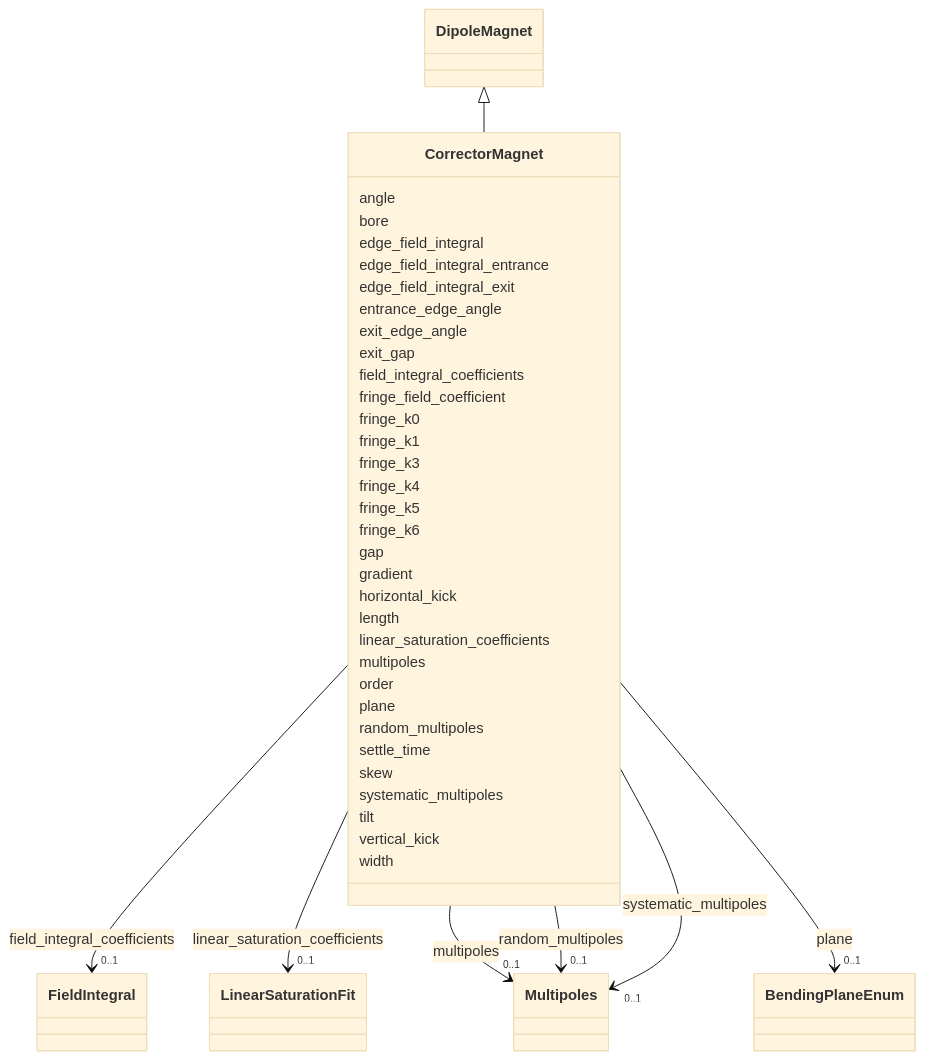
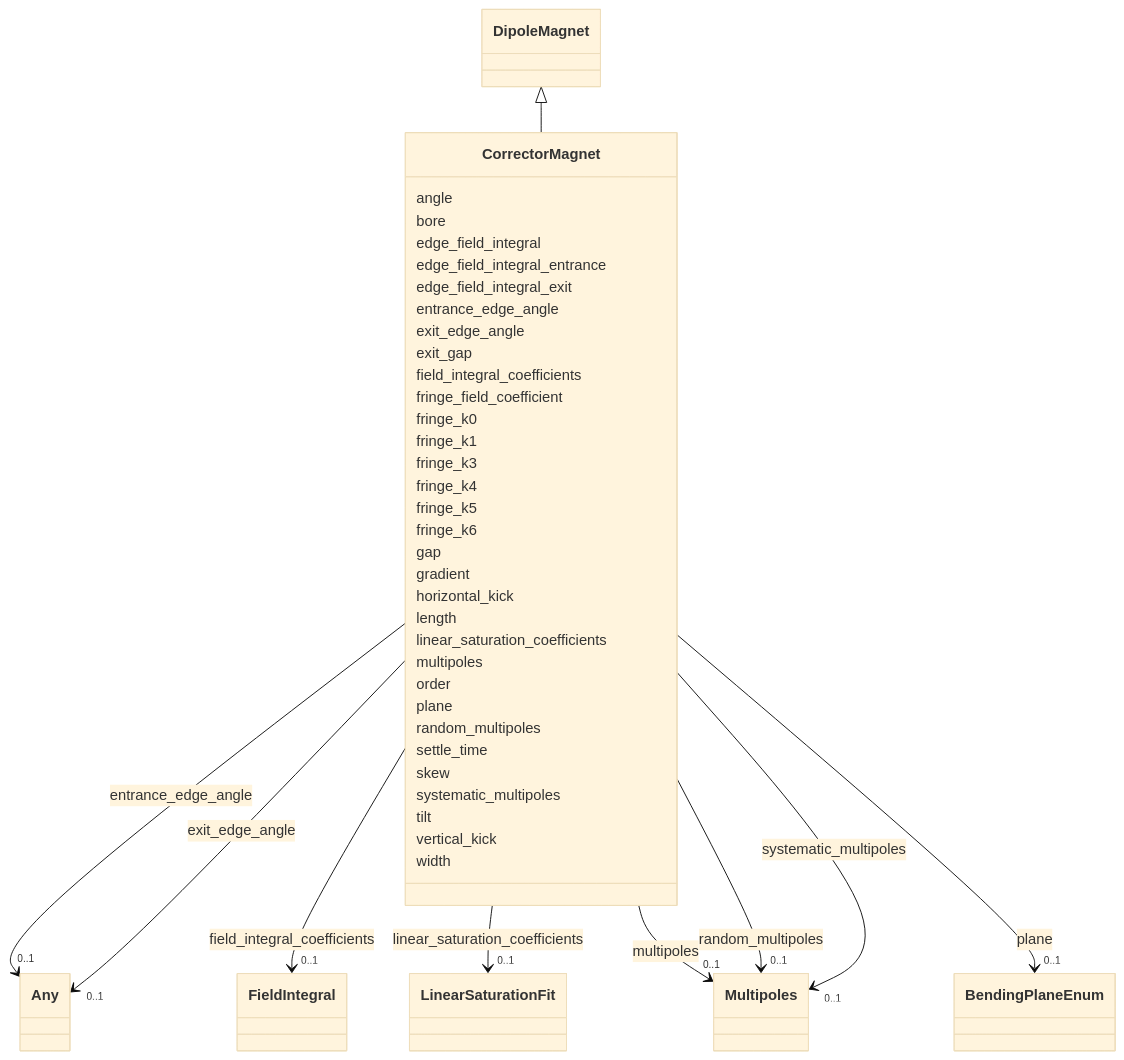
One commit to astec-stfc/laura changed the diagram in docs/source/schema/CorrectorMagnet.md. Above: the diagram before and after it, drawn with Mermaid (base theme). The commit also changed other lines of this file and 101 other files, not shown here.

Commit message:
add Any type to schema since gen-pydantic can't apply a default and this helps to pass validation to multi-types vars; add inlined to elements/sections/layouts

```diff
--- a/docs/source/schema/CorrectorMagnet.md
+++ b/docs/source/schema/CorrectorMagnet.md
@@ -34,7 +34,25 @@
         
       CorrectorMagnet : entrance_edge_angle
         
+          
+    
+        
+        
+        CorrectorMagnet --> "0..1" Any : entrance_edge_angle
+        click Any href "../Any/"
+    
+
+        
       CorrectorMagnet : exit_edge_angle
+        
+          
+    
+        
+        
+        CorrectorMagnet --> "0..1" Any : exit_edge_angle
+        click Any href "../Any/"
+    
+
         
       CorrectorMagnet : exit_gap
         
```
